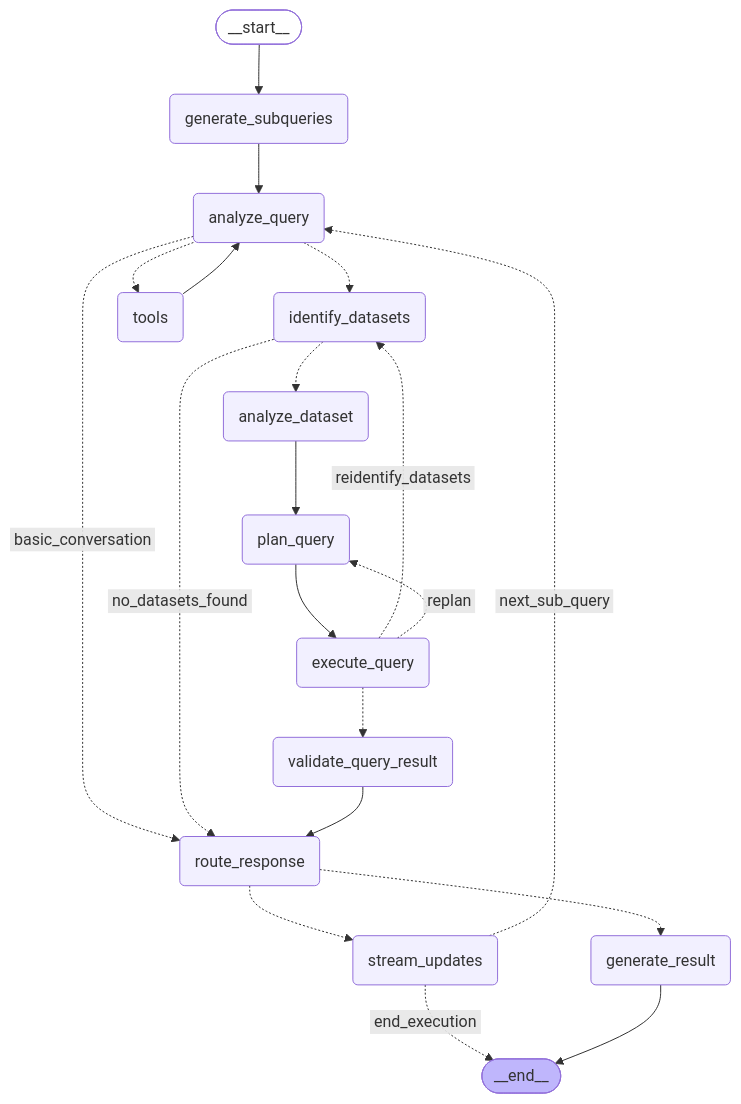
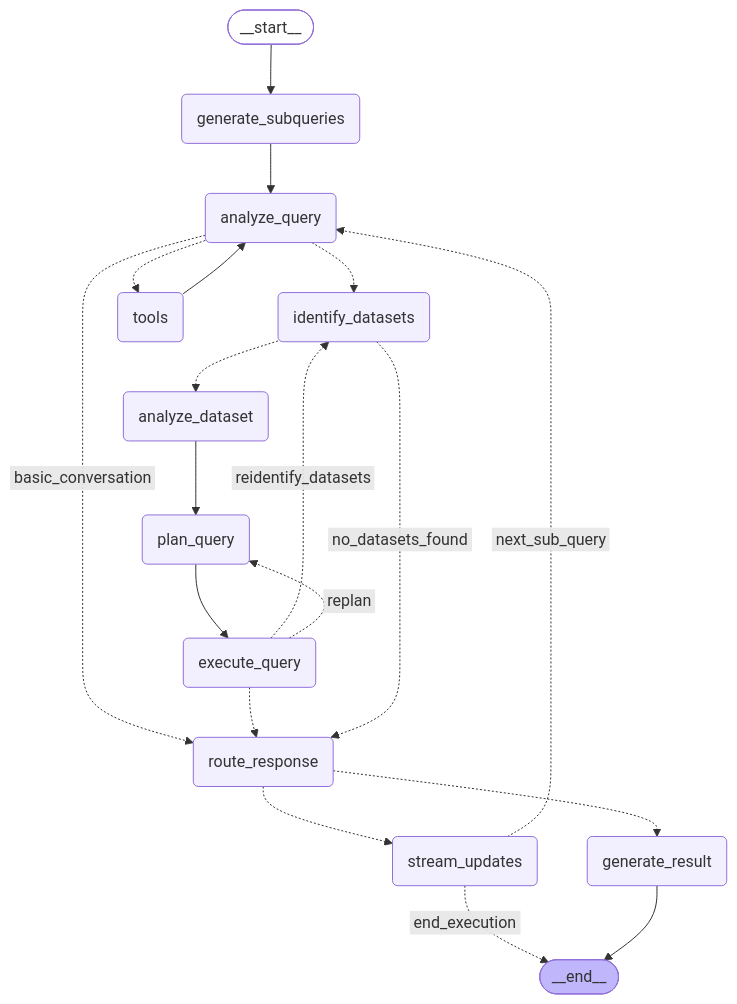
One commit to factly/gopie changed the diagram in chat-server/app/workflow/graph/graph_mermaid/multi_dataset_graph.mmd. Above: the diagram before and after it, drawn with Mermaid. The commit also changed 13 other files, not shown here.

Commit message:
update routing & remove validating node from multidataset graph

```diff
--- a/chat-server/app/workflow/graph/graph_mermaid/multi_dataset_graph.mmd
+++ b/chat-server/app/workflow/graph/graph_mermaid/multi_dataset_graph.mmd
@@ -1,41 +1,39 @@
 ---
 config:
   flowchart:
     curve: basis
 ---
 graph TD;
 	__start__([<p>__start__</p>]):::first
 	generate_subqueries(generate_subqueries)
 	identify_datasets(identify_datasets)
 	analyze_query(analyze_query)
 	plan_query(plan_query)
 	execute_query(execute_query)
 	generate_result(generate_result)
 	analyze_dataset(analyze_dataset)
-	validate_query_result(validate_query_result)
 	stream_updates(stream_updates)
 	tools(tools)
 	route_response(route_response)
 	__end__([<p>__end__</p>]):::last
 	__start__ --> generate_subqueries;
 	analyze_dataset --> plan_query;
 	analyze_query -.-> identify_datasets;
 	analyze_query -. &nbsp;basic_conversation&nbsp; .-> route_response;
 	analyze_query -.-> tools;
 	execute_query -. &nbsp;reidentify_datasets&nbsp; .-> identify_datasets;
 	execute_query -. &nbsp;replan&nbsp; .-> plan_query;
-	execute_query -.-> validate_query_result;
+	execute_query -.-> route_response;
 	generate_subqueries --> analyze_query;
 	identify_datasets -.-> analyze_dataset;
 	identify_datasets -. &nbsp;no_datasets_found&nbsp; .-> route_response;
 	plan_query --> execute_query;
 	route_response -.-> generate_result;
 	route_response -.-> stream_updates;
 	stream_updates -. &nbsp;end_execution&nbsp; .-> __end__;
 	stream_updates -. &nbsp;next_sub_query&nbsp; .-> analyze_query;
 	tools --> analyze_query;
-	validate_query_result --> route_response;
 	generate_result --> __end__;
 	classDef default fill:#f2f0ff,line-height:1.2
 	classDef first fill-opacity:0
 	classDef last fill:#bfb6fc
```
